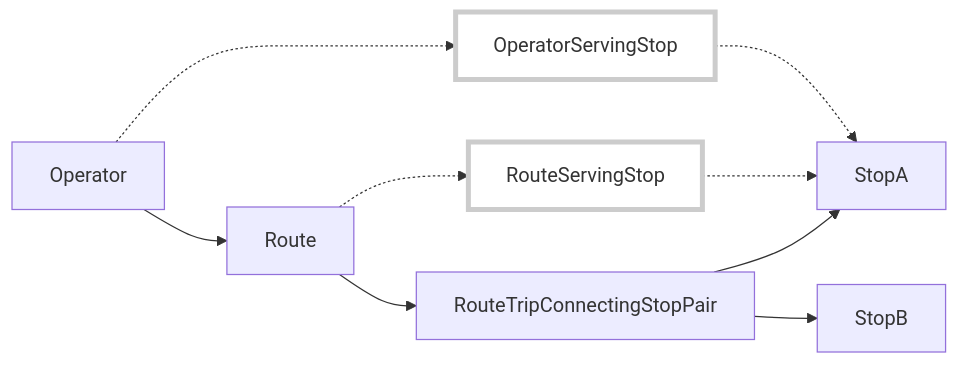
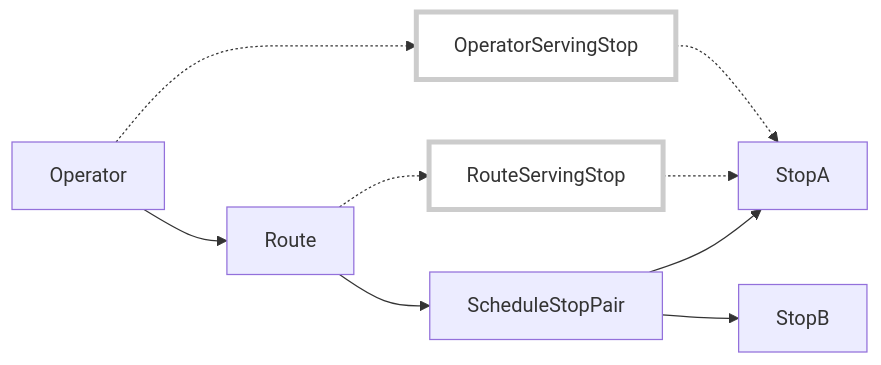
Before and after one commit to transitland/transitland-datastore: the fourth of 4 diagrams in doc/operator-route-stop-relationships.md, drawn with Mermaid. The commit also changed other lines of this file and 2 other files, not shown here.

Commit message:
Move ScheduleStopPair changeset to camel case

```diff
--- a/doc/operator-route-stop-relationships.md
+++ b/doc/operator-route-stop-relationships.md
@@ -216,13 +222,13 @@
 <div class="mermaid">
   graph LR
     Operator-.->OperatorServingStop
     OperatorServingStop-.->StopA
     Operator-->Route
     Route-.->RouteServingStop
     RouteServingStop-.->StopA
-    Route-->RouteTripConnectingStopPair
-    RouteTripConnectingStopPair--> StopA
-    RouteTripConnectingStopPair--> StopB
+    Route-->ScheduleStopPair
+    ScheduleStopPair--> StopA
+    ScheduleStopPair--> StopB
     classDef outOfFocus fill:#fff,stroke:#ccc,stroke-width:4px
     class OperatorServingStop,RouteServingStop outOfFocus
 </div>
```
